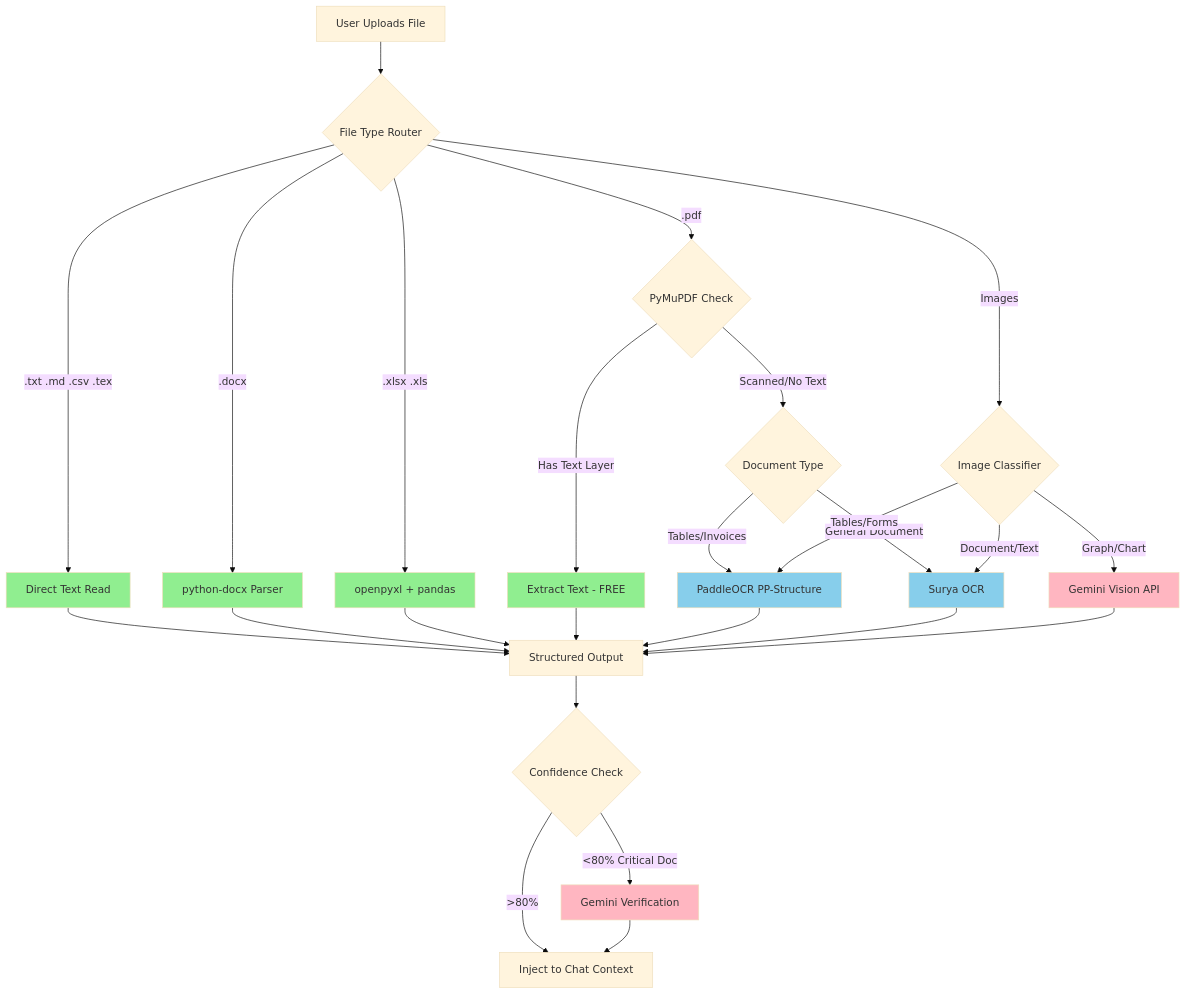
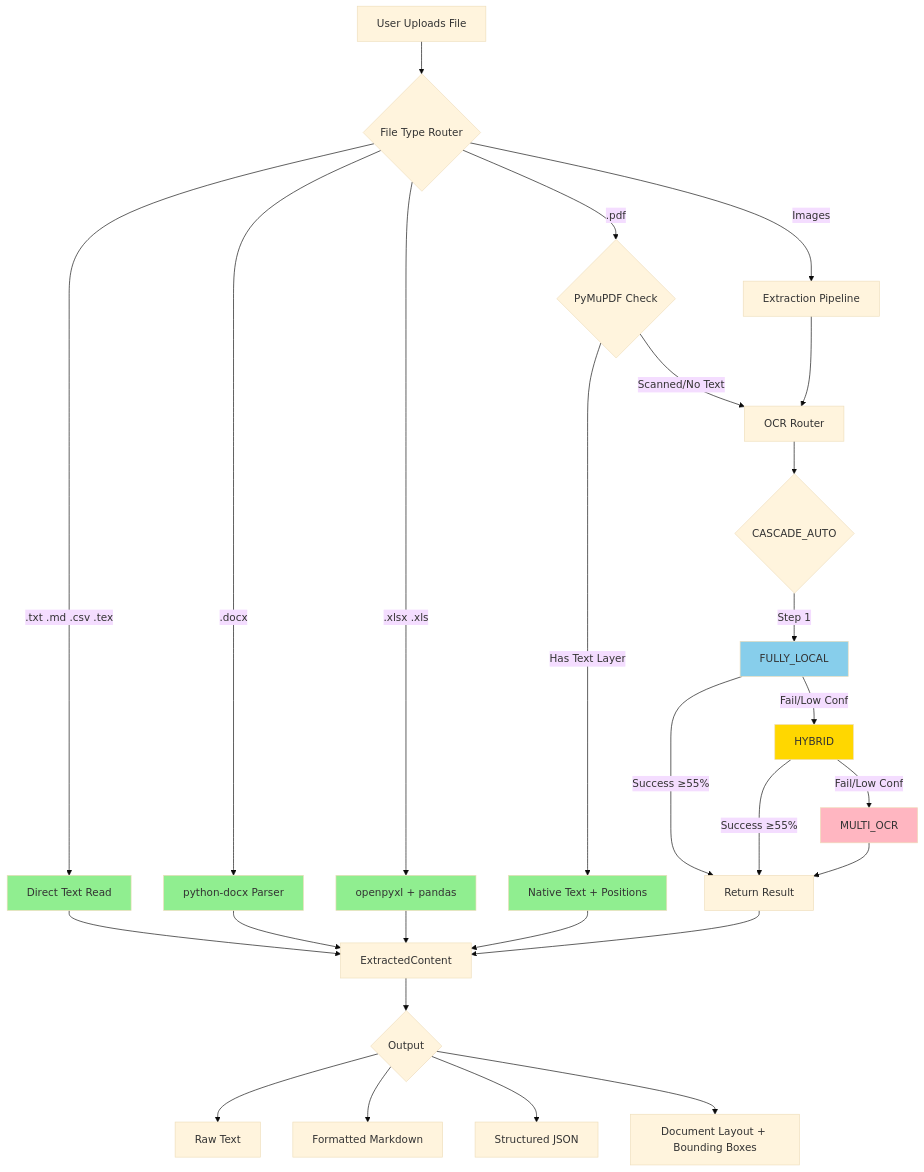
One commit to manumishra-zm/execution_plan changed the first of 22 diagrams in upload_ocr.md. Above: the diagram before and after it, drawn with Mermaid (base theme). The commit also changed other lines of this file, not shown here.

````diff
--- a/upload_ocr.md
+++ b/upload_ocr.md
@@ -161,42 +58,46 @@
 ```mermaid
 flowchart TD
     A[User Uploads File] --> B{File Type Router}
 
     B -->|.txt .md .csv .tex| C[Direct Text Read]
     B -->|.docx| D[python-docx Parser]
     B -->|.xlsx .xls| E[openpyxl + pandas]
     B -->|.pdf| F{PyMuPDF Check}
-    B -->|Images| G{Image Classifier}
+    B -->|Images| G[Extraction Pipeline]
 
-    F -->|Has Text Layer| H[Extract Text - FREE]
-    F -->|Scanned/No Text| I{Document Type}
+    F -->|Has Text Layer| H[Native Text + Positions]
+    F -->|Scanned/No Text| I[OCR Router]
 
-    I -->|Tables/Invoices| J[PaddleOCR PP-Structure]
-    I -->|General Document| K[Surya OCR]
+    G --> I
 
-    G -->|Document/Text| K
-    G -->|Tables/Forms| J
-    G -->|Graph/Chart| L[Gemini Vision API]
+    I --> J{CASCADE_AUTO}
 
-    C --> M[Structured Output]
-    D --> M
-    E --> M
-    H --> M
-    J --> M
-    K --> M
-    L --> M
+    J -->|Step 1| K[FULLY_LOCAL]
+    K -->|Success ≥55%| L[Return Result]
+    K -->|Fail/Low Conf| M[HYBRID]
 
-    M --> N{Confidence Check}
-    N -->|>80%| O[Inject to Chat Context]
-    N -->|<80% Critical Doc| P[Gemini Verification]
-    P --> O
+    M -->|Success ≥55%| L
+    M -->|Fail/Low Conf| N[MULTI_OCR]
+
+    N --> L
+
+    C --> O[ExtractedContent]
+    D --> O
+    E --> O
+    H --> O
+    L --> O
+
+    O --> P{Output}
+    P --> Q[Raw Text]
+    P --> R[Formatted Markdown]
+    P --> S[Structured JSON]
+    P --> T[Document Layout + Bounding Boxes]
 
     style C fill:#90EE90
     style D fill:#90EE90
     style E fill:#90EE90
     style H fill:#90EE90
-    style J fill:#87CEEB
     style K fill:#87CEEB
-    style L fill:#FFB6C1
-    style P fill:#FFB6C1
+    style M fill:#FFD700
+    style N fill:#FFB6C1
 ```
````
